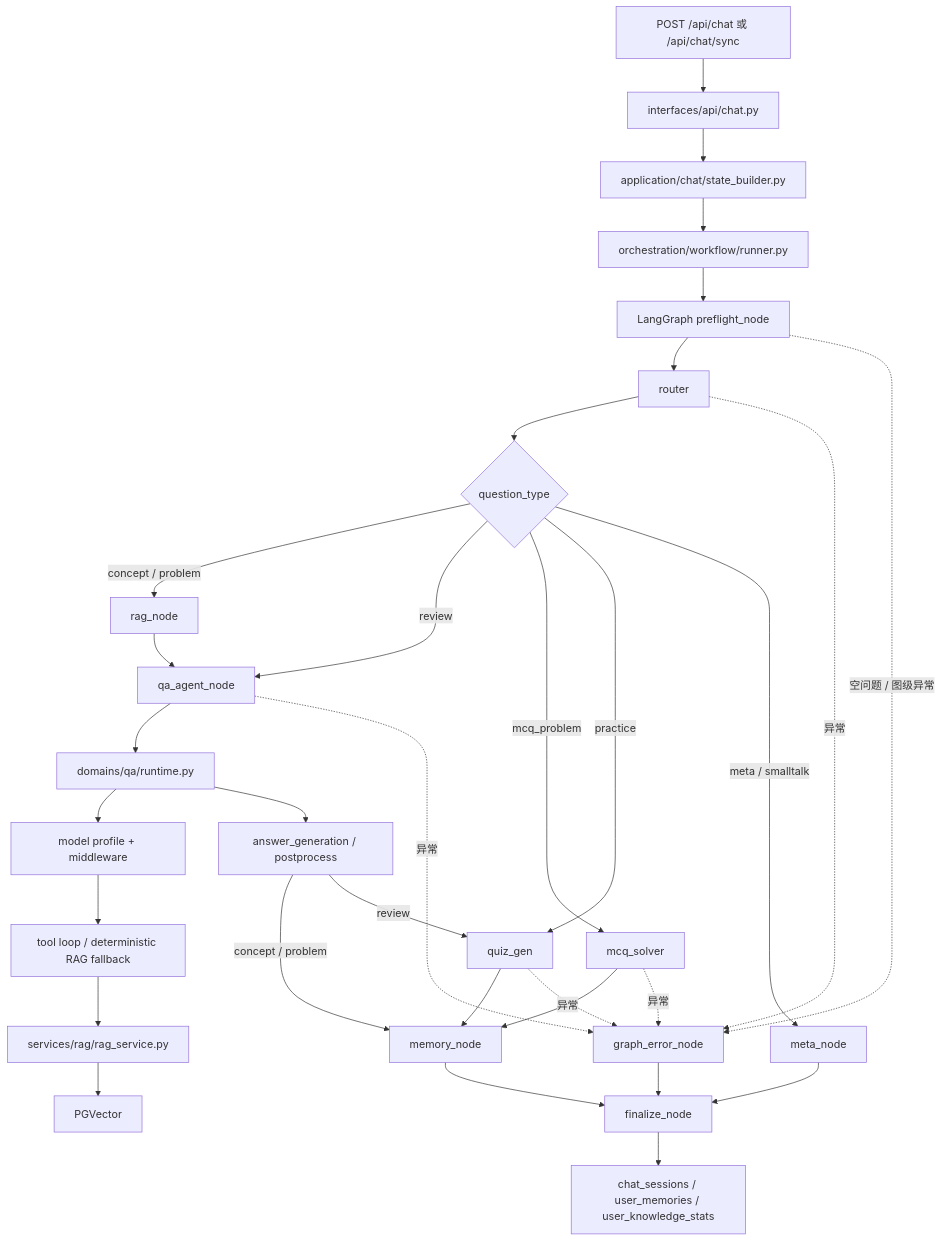
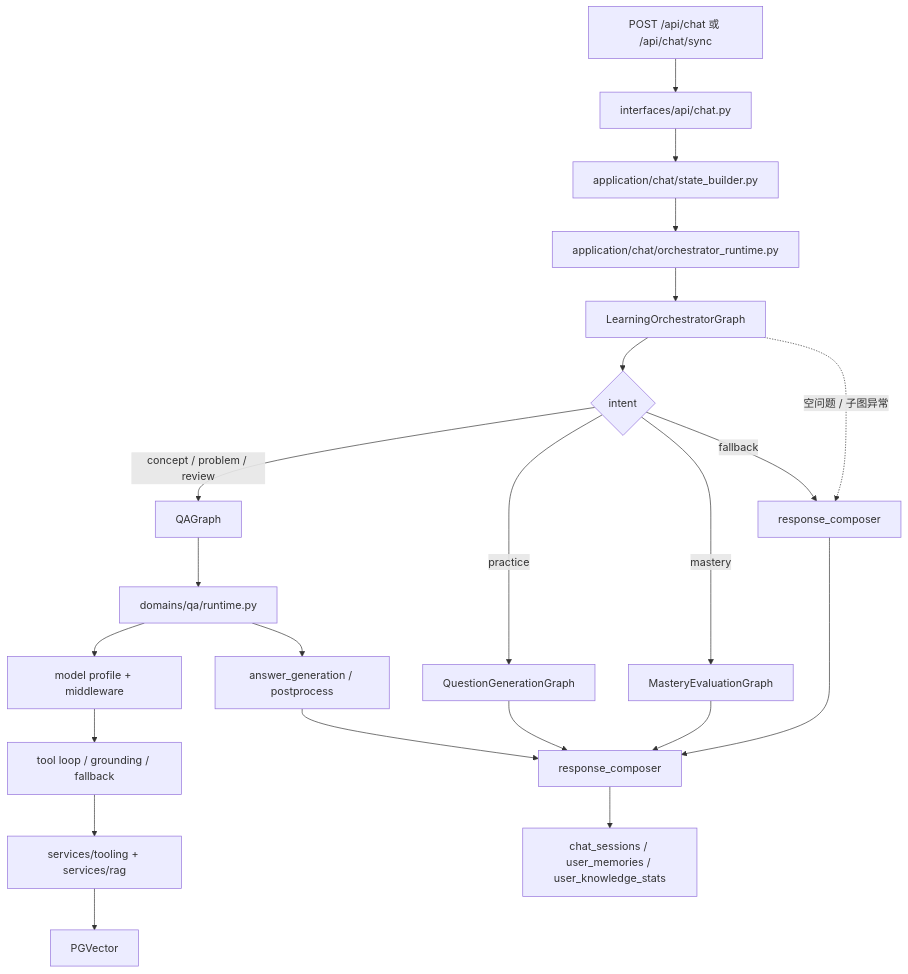
The third of 7 diagrams in docs/feature-flows.md (Xiaomuw/Learning-assistant), drawn with Mermaid before and after one commit. The commit also changed 64 other files, not shown here.

Commit message:
chore: sync langgraph/orchestrator hardening, RAG and practice enhancements

````diff
--- a/docs/feature-flows.md
+++ b/docs/feature-flows.md
@@ -51,34 +51,24 @@
 ```mermaid
 flowchart TD
     A["POST /api/chat 或 /api/chat/sync"] --> B["interfaces/api/chat.py"]
     B --> C["application/chat/state_builder.py"]
-    C --> D["orchestration/workflow/runner.py"]
-    D --> E0["LangGraph preflight_node"]
-    E0 --> E["router"]
-    E --> F{"question_type"}
-    F -->|"concept / problem"| RAG["rag_node"]
-    RAG --> G["qa_agent_node"]
-    F -->|"review"| G
-    F -->|"mcq_problem"| H["mcq_solver"]
-    F -->|"practice"| I["quiz_gen"]
-    F -->|"meta / smalltalk"| J["meta_node"]
+    C --> D["application/chat/orchestrator_runtime.py"]
+    D --> E["LearningOrchestratorGraph"]
+    E --> F{"intent"}
+    F -->|"concept / problem / review"| G["QAGraph"]
+    F -->|"practice"| I["QuestionGenerationGraph"]
+    F -->|"mastery"| H["MasteryEvaluationGraph"]
+    F -->|"fallback"| J["response_composer"]
     G --> K["domains/qa/runtime.py"]
     K --> L["model profile + middleware"]
-    L --> M["tool loop / deterministic RAG fallback"]
-    M --> N["services/rag/rag_service.py"]
+    L --> M["tool loop / grounding / fallback"]
+    M --> N["services/tooling + services/rag"]
     N --> O["PGVector"]
     K --> P["answer_generation / postprocess"]
-    P -->|"concept / problem"| Q["memory_node"]
-    P -->|"review"| I
-    Q --> Z["finalize_node"]
-    H --> Q
-    I --> Q
+    P --> Z["response_composer"]
+    I --> Z
+    H --> Z
     J --> Z
     Z --> R["chat_sessions / user_memories / user_knowledge_stats"]
-    E0 -.空问题 / 图级异常.-> X["graph_error_node"]
-    E -.异常.-> X
-    G -.异常.-> X
-    H -.异常.-> X
-    I -.异常.-> X
-    X --> Z
+    E -.空问题 / 子图异常.-> J
 ```
````
